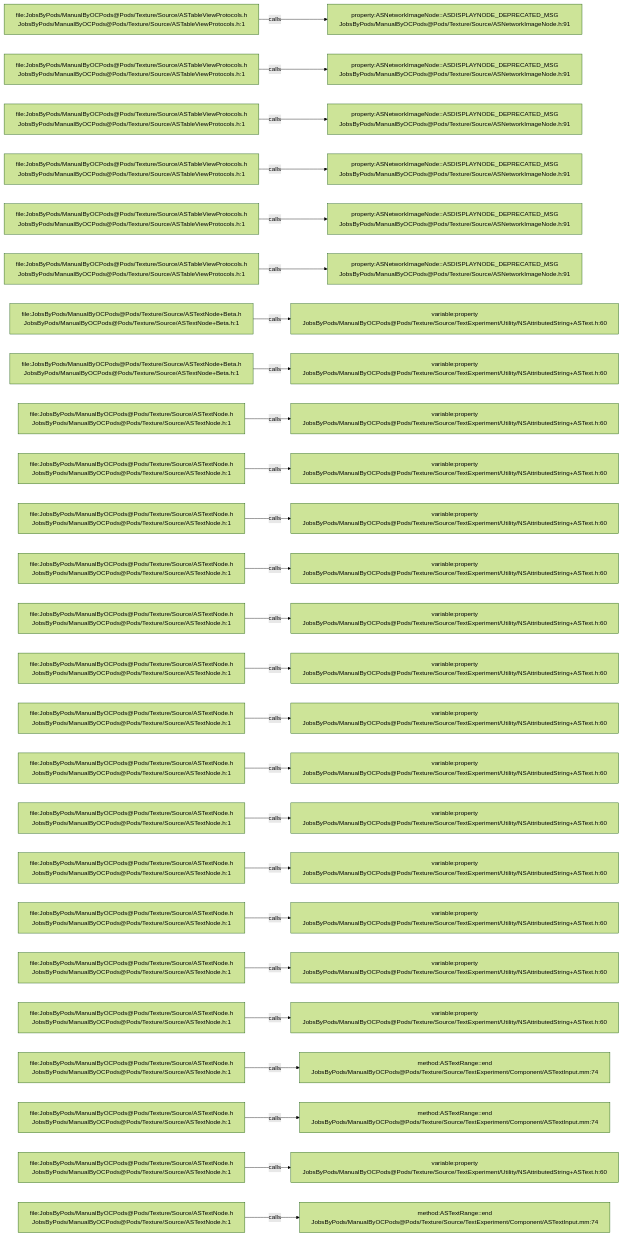
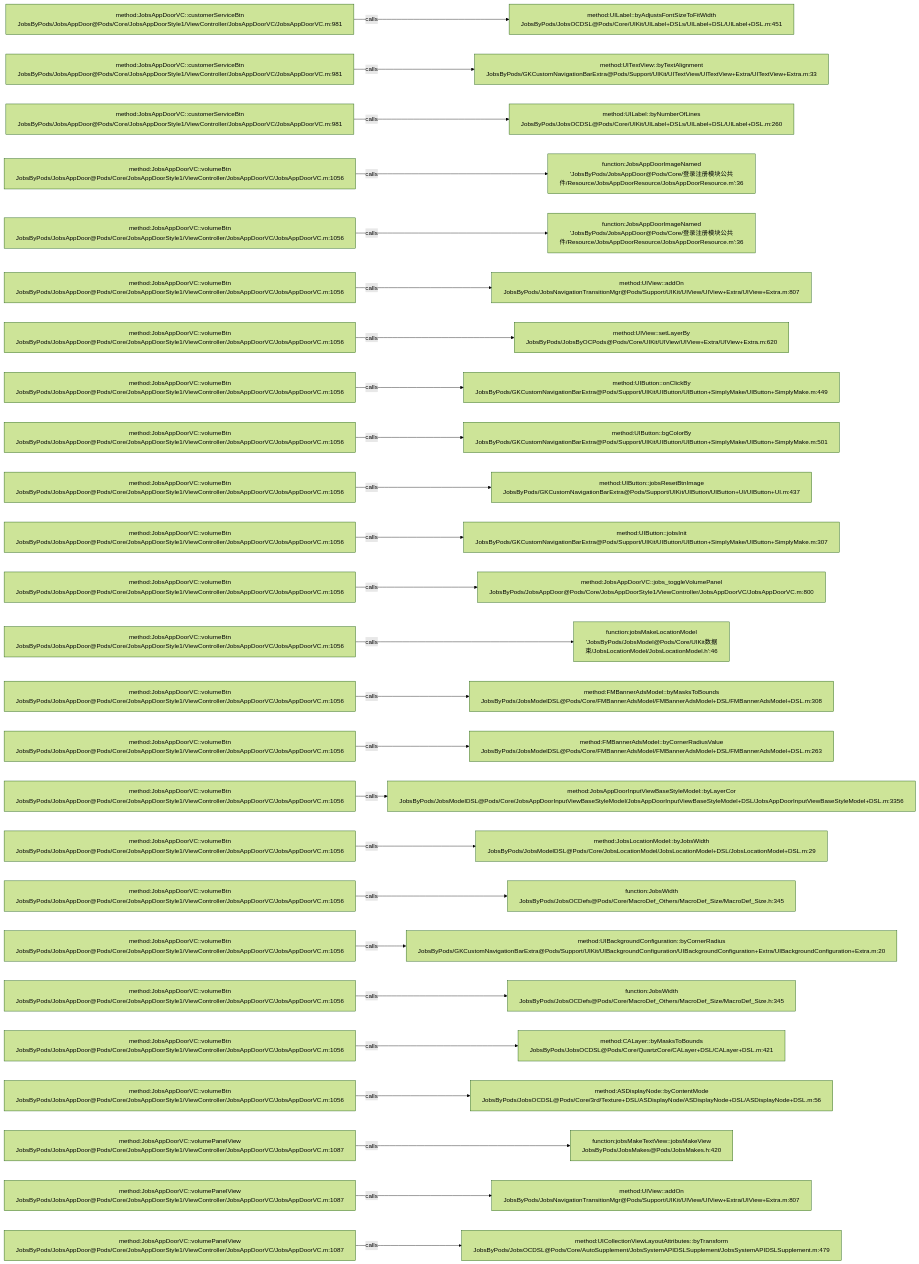
The diagram in .codegraph/codegraph.md/graphs/calls-117.md (JobsKits/JobsOCBaseConfigDemo), drawn with Mermaid (forest theme) before and after one commit. The commit also changed 768 other files, not shown here.

````diff
--- a/.codegraph/codegraph.md/graphs/calls-117.md
+++ b/.codegraph/codegraph.md/graphs/calls-117.md
@@ -13,78 +13,78 @@
 ```mermaid
 flowchart LR
-  S1["file:JobsByPods/ManualByOCPods@Pods/Texture/Source/ASTableViewProtocols.h<br/>JobsByPods/ManualByOCPods@Pods/Texture/Source/ASTableViewProtocols.h:1"]
-  T1["property:ASNetworkImageNode::ASDISPLAYNODE_DEPRECATED_MSG<br/>JobsByPods/ManualByOCPods@Pods/Texture/Source/ASNetworkImageNode.h:91"]
+  S1["method:JobsAppDoorVC::customerServiceBtn<br/>JobsByPods/JobsAppDoor@Pods/Core/JobsAppDoorStyle1/ViewController/JobsAppDoorVC/JobsAppDoorVC.m:981"]
+  T1["method:UILabel::byAdjustsFontSizeToFitWidth<br/>JobsByPods/JobsOCDSL@Pods/Core/UIKit/UILabel+DSLs/UILabel+DSL/UILabel+DSL.m:451"]
   S1 -->|calls| T1
-  S2["file:JobsByPods/ManualByOCPods@Pods/Texture/Source/ASTableViewProtocols.h<br/>JobsByPods/ManualByOCPods@Pods/Texture/Source/ASTableViewProtocols.h:1"]
-  T2["property:ASNetworkImageNode::ASDISPLAYNODE_DEPRECATED_MSG<br/>JobsByPods/ManualByOCPods@Pods/Texture/Source/ASNetworkImageNode.h:91"]
+  S2["method:JobsAppDoorVC::customerServiceBtn<br/>JobsByPods/JobsAppDoor@Pods/Core/JobsAppDoorStyle1/ViewController/JobsAppDoorVC/JobsAppDoorVC.m:981"]
+  T2["method:UITextView::byTextAlignment<br/>JobsByPods/GKCustomNavigationBarExtra@Pods/Support/UIKit/UITextView/UITextView+Extra/UITextView+Extra.m:33"]
   S2 -->|calls| T2
-  S3["file:JobsByPods/ManualByOCPods@Pods/Texture/Source/ASTableViewProtocols.h<br/>JobsByPods/ManualByOCPods@Pods/Texture/Source/ASTableViewProtocols.h:1"]
-  T3["property:ASNetworkImageNode::ASDISPLAYNODE_DEPRECATED_MSG<br/>JobsByPods/ManualByOCPods@Pods/Texture/Source/ASNetworkImageNode.h:91"]
+  S3["method:JobsAppDoorVC::customerServiceBtn<br/>JobsByPods/JobsAppDoor@Pods/Core/JobsAppDoorStyle1/ViewController/JobsAppDoorVC/JobsAppDoorVC.m:981"]
+  T3["method:UILabel::byNumberOfLines<br/>JobsByPods/JobsOCDSL@Pods/Core/UIKit/UILabel+DSLs/UILabel+DSL/UILabel+DSL.m:260"]
   S3 -->|calls| T3
-  S4["file:JobsByPods/ManualByOCPods@Pods/Texture/Source/ASTableViewProtocols.h<br/>JobsByPods/ManualByOCPods@Pods/Texture/Source/ASTableViewProtocols.h:1"]
-  T4["property:ASNetworkImageNode::ASDISPLAYNODE_DEPRECATED_MSG<br/>JobsByPods/ManualByOCPods@Pods/Texture/Source/ASNetworkImageNode.h:91"]
+  S4["method:JobsAppDoorVC::volumeBtn<br/>JobsByPods/JobsAppDoor@Pods/Core/JobsAppDoorStyle1/ViewController/JobsAppDoorVC/JobsAppDoorVC.m:1056"]
+  T4["function:JobsAppDoorImageNamed<br/>'JobsByPods/JobsAppDoor@Pods/Core/登录注册模块公共件/Resource/JobsAppDoorResource/JobsAppDoorResource.m':36"]
   S4 -->|calls| T4
-  S5["file:JobsByPods/ManualByOCPods@Pods/Texture/Source/ASTableViewProtocols.h<br/>JobsByPods/ManualByOCPods@Pods/Texture/Source/ASTableViewProtocols.h:1"]
-  T5["property:ASNetworkImageNode::ASDISPLAYNODE_DEPRECATED_MSG<br/>JobsByPods/ManualByOCPods@Pods/Texture/Source/ASNetworkImageNode.h:91"]
+  S5["method:JobsAppDoorVC::volumeBtn<br/>JobsByPods/JobsAppDoor@Pods/Core/JobsAppDoorStyle1/ViewController/JobsAppDoorVC/JobsAppDoorVC.m:1056"]
+  T5["function:JobsAppDoorImageNamed<br/>'JobsByPods/JobsAppDoor@Pods/Core/登录注册模块公共件/Resource/JobsAppDoorResource/JobsAppDoorResource.m':36"]
   S5 -->|calls| T5
-  S6["file:JobsByPods/ManualByOCPods@Pods/Texture/Source/ASTableViewProtocols.h<br/>JobsByPods/ManualByOCPods@Pods/Texture/Source/ASTableViewProtocols.h:1"]
-  T6["property:ASNetworkImageNode::ASDISPLAYNODE_DEPRECATED_MSG<br/>JobsByPods/ManualByOCPods@Pods/Texture/Source/ASNetworkImageNode.h:91"]
+  S6["method:JobsAppDoorVC::volumeBtn<br/>JobsByPods/JobsAppDoor@Pods/Core/JobsAppDoorStyle1/ViewController/JobsAppDoorVC/JobsAppDoorVC.m:1056"]
+  T6["method:UIView::addOn<br/>JobsByPods/JobsNavigationTransitionMgr@Pods/Support/UIKit/UIView/UIView+Extra/UIView+Extra.m:807"]
   S6 -->|calls| T6
-  S7["file:JobsByPods/ManualByOCPods@Pods/Texture/Source/ASTextNode+Beta.h<br/>JobsByPods/ManualByOCPods@Pods/Texture/Source/ASTextNode+Beta.h:1"]
-  T7["variable:property<br/>JobsByPods/ManualByOCPods@Pods/Texture/Source/TextExperiment/Utility/NSAttributedString+ASText.h:60"]
+  S7["method:JobsAppDoorVC::volumeBtn<br/>JobsByPods/JobsAppDoor@Pods/Core/JobsAppDoorStyle1/ViewController/JobsAppDoorVC/JobsAppDoorVC.m:1056"]
+  T7["method:UIView::setLayerBy<br/>JobsByPods/JobsByOCPods@Pods/Core/UIKit/UIView/UIView+Extra/UIView+Extra.m:620"]
   S7 -->|calls| T7
-  S8["file:JobsByPods/ManualByOCPods@Pods/Texture/Source/ASTextNode+Beta.h<br/>JobsByPods/ManualByOCPods@Pods/Texture/Source/ASTextNode+Beta.h:1"]
-  T8["variable:property<br/>JobsByPods/ManualByOCPods@Pods/Texture/Source/TextExperiment/Utility/NSAttributedString+ASText.h:60"]
+  S8["method:JobsAppDoorVC::volumeBtn<br/>JobsByPods/JobsAppDoor@Pods/Core/JobsAppDoorStyle1/ViewController/JobsAppDoorVC/JobsAppDoorVC.m:1056"]
+  T8["method:UIButton::onClickBy<br/>JobsByPods/GKCustomNavigationBarExtra@Pods/Support/UIKit/UIButton/UIButton+SimplyMake/UIButton+SimplyMake.m:449"]
   S8 -->|calls| T8
-  S9["file:JobsByPods/ManualByOCPods@Pods/Texture/Source/ASTextNode.h<br/>JobsByPods/ManualByOCPods@Pods/Texture/Source/ASTextNode.h:1"]
-  T9["variable:property<br/>JobsByPods/ManualByOCPods@Pods/Texture/Source/TextExperiment/Utility/NSAttributedString+ASText.h:60"]
+  S9["method:JobsAppDoorVC::volumeBtn<br/>JobsByPods/JobsAppDoor@Pods/Core/JobsAppDoorStyle1/ViewController/JobsAppDoorVC/JobsAppDoorVC.m:1056"]
+  T9["method:UIButton::bgColorBy<br/>JobsByPods/GKCustomNavigationBarExtra@Pods/Support/UIKit/UIButton/UIButton+SimplyMake/UIButton+SimplyMake.m:501"]
   S9 -->|calls| T9
-  S10["file:JobsByPods/ManualByOCPods@Pods/Texture/Source/ASTextNode.h<br/>JobsByPods/ManualByOCPods@Pods/Texture/Source/ASTextNode.h:1"]
-  T10["variable:property<br/>JobsByPods/ManualByOCPods@Pods/Texture/Source/TextExperiment/Utility/NSAttributedString+ASText.h:60"]
+  S10["method:JobsAppDoorVC::volumeBtn<br/>JobsByPods/JobsAppDoor@Pods/Core/JobsAppDoorStyle1/ViewController/JobsAppDoorVC/JobsAppDoorVC.m:1056"]
+  T10["method:UIButton::jobsResetBtnImage<br/>JobsByPods/GKCustomNavigationBarExtra@Pods/Support/UIKit/UIButton/UIButton+UI/UIButton+UI.m:437"]
   S10 -->|calls| T10
-  S11["file:JobsByPods/ManualByOCPods@Pods/Texture/Source/ASTextNode.h<br/>JobsByPods/ManualByOCPods@Pods/Texture/Source/ASTextNode.h:1"]
-  T11["variable:property<br/>JobsByPods/ManualByOCPods@Pods/Texture/Source/TextExperiment/Utility/NSAttributedString+ASText.h:60"]
+  S11["method:JobsAppDoorVC::volumeBtn<br/>JobsByPods/JobsAppDoor@Pods/Core/JobsAppDoorStyle1/ViewController/JobsAppDoorVC/JobsAppDoorVC.m:1056"]
+  T11["method:UIButton::jobsInit<br/>JobsByPods/GKCustomNavigationBarExtra@Pods/Support/UIKit/UIButton/UIButton+SimplyMake/UIButton+SimplyMake.m:307"]
   S11 -->|calls| T11
-  S12["file:JobsByPods/ManualByOCPods@Pods/Texture/Source/ASTextNode.h<br/>JobsByPods/ManualByOCPods@Pods/Texture/Source/ASTextNode.h:1"]
-  T12["variable:property<br/>JobsByPods/ManualByOCPods@Pods/Texture/Source/TextExperiment/Utility/NSAttributedString+ASText.h:60"]
+  S12["method:JobsAppDoorVC::volumeBtn<br/>JobsByPods/JobsAppDoor@Pods/Core/JobsAppDoorStyle1/ViewController/JobsAppDoorVC/JobsAppDoorVC.m:1056"]
+  T12["method:JobsAppDoorVC::jobs_toggleVolumePanel<br/>JobsByPods/JobsAppDoor@Pods/Core/JobsAppDoorStyle1/ViewController/JobsAppDoorVC/JobsAppDoorVC.m:800"]
   S12 -->|calls| T12
-  S13["file:JobsByPods/ManualByOCPods@Pods/Texture/Source/ASTextNode.h<br/>JobsByPods/ManualByOCPods@Pods/Texture/Source/ASTextNode.h:1"]
-  T13["variable:property<br/>JobsByPods/ManualByOCPods@Pods/Texture/Source/TextExperiment/Utility/NSAttributedString+ASText.h:60"]
+  S13["method:JobsAppDoorVC::volumeBtn<br/>JobsByPods/JobsAppDoor@Pods/Core/JobsAppDoorStyle1/ViewController/JobsAppDoorVC/JobsAppDoorVC.m:1056"]
+  T13["function:jobsMakeLocationModel<br/>'JobsByPods/JobsModel@Pods/Core/UIKit数据束/JobsLocationModel/JobsLocationModel.h':46"]
   S13 -->|calls| T13
-  S14["file:JobsByPods/ManualByOCPods@Pods/Texture/Source/ASTextNode.h<br/>JobsByPods/ManualByOCPods@Pods/Texture/Source/ASTextNode.h:1"]
-  T14["variable:property<br/>JobsByPods/ManualByOCPods@Pods/Texture/Source/TextExperiment/Utility/NSAttributedString+ASText.h:60"]
+  S14["method:JobsAppDoorVC::volumeBtn<br/>JobsByPods/JobsAppDoor@Pods/Core/JobsAppDoorStyle1/ViewController/JobsAppDoorVC/JobsAppDoorVC.m:1056"]
+  T14["method:FMBannerAdsModel::byMasksToBounds<br/>JobsByPods/JobsModelDSL@Pods/Core/FMBannerAdsModel/FMBannerAdsModel+DSL/FMBannerAdsModel+DSL.m:308"]
   S14 -->|calls| T14
-  S15["file:JobsByPods/ManualByOCPods@Pods/Texture/Source/ASTextNode.h<br/>JobsByPods/ManualByOCPods@Pods/Texture/Source/ASTextNode.h:1"]
-  T15["variable:property<br/>JobsByPods/ManualByOCPods@Pods/Texture/Source/TextExperiment/Utility/NSAttributedString+ASText.h:60"]
+  S15["method:JobsAppDoorVC::volumeBtn<br/>JobsByPods/JobsAppDoor@Pods/Core/JobsAppDoorStyle1/ViewController/JobsAppDoorVC/JobsAppDoorVC.m:1056"]
+  T15["method:FMBannerAdsModel::byCornerRadiusValue<br/>JobsByPods/JobsModelDSL@Pods/Core/FMBannerAdsModel/FMBannerAdsModel+DSL/FMBannerAdsModel+DSL.m:263"]
   S15 -->|calls| T15
-  S16["file:JobsByPods/ManualByOCPods@Pods/Texture/Source/ASTextNode.h<br/>JobsByPods/ManualByOCPods@Pods/Texture/Source/ASTextNode.h:1"]
-  T16["variable:property<br/>JobsByPods/ManualByOCPods@Pods/Texture/Source/TextExperiment/Utility/NSAttributedString+ASText.h:60"]
+  S16["method:JobsAppDoorVC::volumeBtn<br/>JobsByPods/JobsAppDoor@Pods/Core/JobsAppDoorStyle1/ViewController/JobsAppDoorVC/JobsAppDoorVC.m:1056"]
+  T16["method:JobsAppDoorInputViewBaseStyleModel::byLayerCor<br/>JobsByPods/JobsModelDSL@Pods/Core/JobsAppDoorInputViewBaseStyleModel/JobsAppDoorInputViewBaseStyleModel+DSL/JobsAppDoorInputViewBaseStyleModel+DSL.m:3356"]
   S16 -->|calls| T16
-  S17["file:JobsByPods/ManualByOCPods@Pods/Texture/Source/ASTextNode.h<br/>JobsByPods/ManualByOCPods@Pods/Texture/Source/ASTextNode.h:1"]
-  T17["variable:property<br/>JobsByPods/ManualByOCPods@Pods/Texture/Source/TextExperiment/Utility/NSAttributedString+ASText.h:60"]
+  S17["method:JobsAppDoorVC::volumeBtn<br/>JobsByPods/JobsAppDoor@Pods/Core/JobsAppDoorStyle1/ViewController/JobsAppDoorVC/JobsAppDoorVC.m:1056"]
+  T17["method:JobsLocationModel::byJobsWidth<br/>JobsByPods/JobsModelDSL@Pods/Core/JobsLocationModel/JobsLocationModel+DSL/JobsLocationModel+DSL.m:29"]
   S17 -->|calls| T17
-  S18["file:JobsByPods/ManualByOCPods@Pods/Texture/Source/ASTextNode.h<br/>JobsByPods/ManualByOCPods@Pods/Texture/Source/ASTextNode.h:1"]
-  T18["variable:property<br/>JobsByPods/ManualByOCPods@Pods/Texture/Source/TextExperiment/Utility/NSAttributedString+ASText.h:60"]
+  S18["method:JobsAppDoorVC::volumeBtn<br/>JobsByPods/JobsAppDoor@Pods/Core/JobsAppDoorStyle1/ViewController/JobsAppDoorVC/JobsAppDoorVC.m:1056"]
+  T18["function:JobsWidth<br/>JobsByPods/JobsOCDefs@Pods/Core/MacroDef_Others/MacroDef_Size/MacroDef_Size.h:345"]
   S18 -->|calls| T18
-  S19["file:JobsByPods/ManualByOCPods@Pods/Texture/Source/ASTextNode.h<br/>JobsByPods/ManualByOCPods@Pods/Texture/Source/ASTextNode.h:1"]
-  T19["variable:property<br/>JobsByPods/ManualByOCPods@Pods/Texture/Source/TextExperiment/Utility/NSAttributedString+ASText.h:60"]
+  S19["method:JobsAppDoorVC::volumeBtn<br/>JobsByPods/JobsAppDoor@Pods/Core/JobsAppDoorStyle1/ViewController/JobsAppDoorVC/JobsAppDoorVC.m:1056"]
+  T19["method:UIBackgroundConfiguration::byCornerRadius<br/>JobsByPods/GKCustomNavigationBarExtra@Pods/Support/UIKit/UIBackgroundConfiguration/UIBackgroundConfiguration+Extra/UIBackgroundConfiguration+Extra.m:20"]
   S19 -->|calls| T19
-  S20["file:JobsByPods/ManualByOCPods@Pods/Texture/Source/ASTextNode.h<br/>JobsByPods/ManualByOCPods@Pods/Texture/Source/ASTextNode.h:1"]
-  T20["variable:property<br/>JobsByPods/ManualByOCPods@Pods/Texture/Source/TextExperiment/Utility/NSAttributedString+ASText.h:60"]
+  S20["method:JobsAppDoorVC::volumeBtn<br/>JobsByPods/JobsAppDoor@Pods/Core/JobsAppDoorStyle1/ViewController/JobsAppDoorVC/JobsAppDoorVC.m:1056"]
+  T20["function:JobsWidth<br/>JobsByPods/JobsOCDefs@Pods/Core/MacroDef_Others/MacroDef_Size/MacroDef_Size.h:345"]
   S20 -->|calls| T20
-  S21["file:JobsByPods/ManualByOCPods@Pods/Texture/Source/ASTextNode.h<br/>JobsByPods/ManualByOCPods@Pods/Texture/Source/ASTextNode.h:1"]
-  T21["variable:property<br/>JobsByPods/ManualByOCPods@Pods/Texture/Source/TextExperiment/Utility/NSAttributedString+ASText.h:60"]
+  S21["method:JobsAppDoorVC::volumeBtn<br/>JobsByPods/JobsAppDoor@Pods/Core/JobsAppDoorStyle1/ViewController/JobsAppDoorVC/JobsAppDoorVC.m:1056"]
+  T21["method:CALayer::byMasksToBounds<br/>JobsByPods/JobsOCDSL@Pods/Core/QuartzCore/CALayer+DSL/CALayer+DSL.m:421"]
   S21 -->|calls| T21
-  S22["file:JobsByPods/ManualByOCPods@Pods/Texture/Source/ASTextNode.h<br/>JobsByPods/ManualByOCPods@Pods/Texture/Source/ASTextNode.h:1"]
-  T22["method:ASTextRange::end<br/>JobsByPods/ManualByOCPods@Pods/Texture/Source/TextExperiment/Component/ASTextInput.mm:74"]
+  S22["method:JobsAppDoorVC::volumeBtn<br/>JobsByPods/JobsAppDoor@Pods/Core/JobsAppDoorStyle1/ViewController/JobsAppDoorVC/JobsAppDoorVC.m:1056"]
+  T22["method:ASDisplayNode::byContentMode<br/>JobsByPods/JobsOCDSL@Pods/Core/3rd/Texture+DSL/ASDisplayNode/ASDisplayNode+DSL/ASDisplayNode+DSL.m:56"]
   S22 -->|calls| T22
-  S23["file:JobsByPods/ManualByOCPods@Pods/Texture/Source/ASTextNode.h<br/>JobsByPods/ManualByOCPods@Pods/Texture/Source/ASTextNode.h:1"]
-  T23["method:ASTextRange::end<br/>JobsByPods/ManualByOCPods@Pods/Texture/Source/TextExperiment/Component/ASTextInput.mm:74"]
+  S23["method:JobsAppDoorVC::volumePanelView<br/>JobsByPods/JobsAppDoor@Pods/Core/JobsAppDoorStyle1/ViewController/JobsAppDoorVC/JobsAppDoorVC.m:1087"]
+  T23["function:jobsMakeTextView::jobsMakeView<br/>JobsByPods/JobsMakes@Pods/JobsMakes.h:420"]
   S23 -->|calls| T23
-  S24["file:JobsByPods/ManualByOCPods@Pods/Texture/Source/ASTextNode.h<br/>JobsByPods/ManualByOCPods@Pods/Texture/Source/ASTextNode.h:1"]
-  T24["variable:property<br/>JobsByPods/ManualByOCPods@Pods/Texture/Source/TextExperiment/Utility/NSAttributedString+ASText.h:60"]
+  S24["method:JobsAppDoorVC::volumePanelView<br/>JobsByPods/JobsAppDoor@Pods/Core/JobsAppDoorStyle1/ViewController/JobsAppDoorVC/JobsAppDoorVC.m:1087"]
+  T24["method:UIView::addOn<br/>JobsByPods/JobsNavigationTransitionMgr@Pods/Support/UIKit/UIView/UIView+Extra/UIView+Extra.m:807"]
   S24 -->|calls| T24
-  S25["file:JobsByPods/ManualByOCPods@Pods/Texture/Source/ASTextNode.h<br/>JobsByPods/ManualByOCPods@Pods/Texture/Source/ASTextNode.h:1"]
-  T25["method:ASTextRange::end<br/>JobsByPods/ManualByOCPods@Pods/Texture/Source/TextExperiment/Component/ASTextInput.mm:74"]
+  S25["method:JobsAppDoorVC::volumePanelView<br/>JobsByPods/JobsAppDoor@Pods/Core/JobsAppDoorStyle1/ViewController/JobsAppDoorVC/JobsAppDoorVC.m:1087"]
+  T25["method:UICollectionViewLayoutAttributes::byTransform<br/>JobsByPods/JobsOCDSL@Pods/Core/AutoSupplement/JobsSystemAPIDSLSupplement/JobsSystemAPIDSLSupplement.m:479"]
   S25 -->|calls| T25
 ```
````
